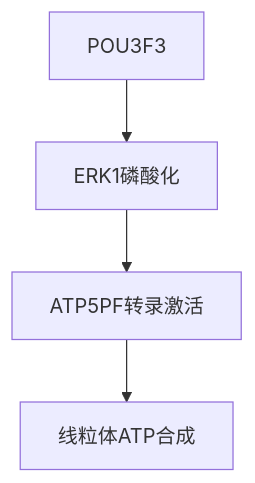
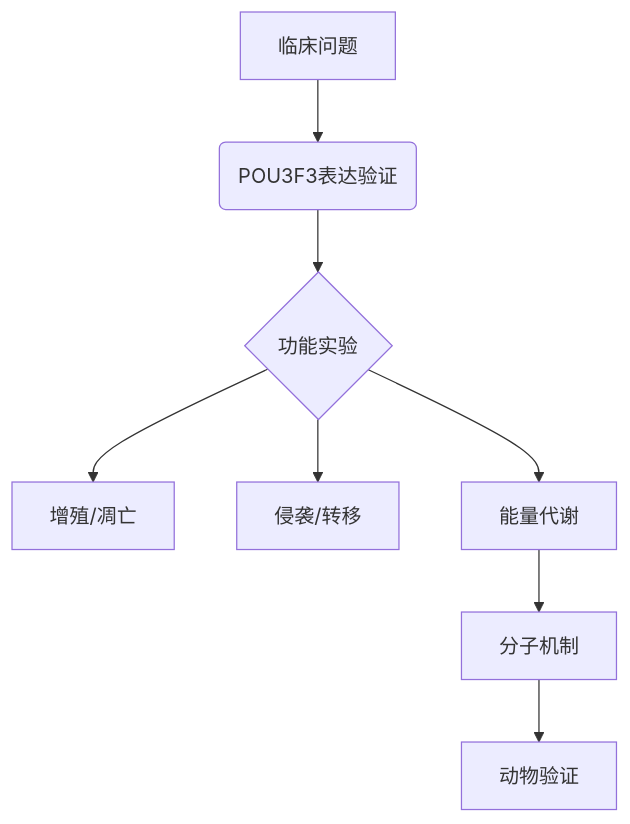
Before and after one commit to luoshui-binghua/iodraw-files: the diagram in all/未命名.md, drawn with Mermaid.

Commit message:
2025-06-20 10:40:48 update

````diff
--- a/all/未命名.md
+++ b/all/未命名.md
@@ -1,8 +1,11 @@
 ```mermaid
 graph TD
-A[POU3F3] --> B[ERK1磷酸化] 
-B --> C[ATP5PF转录激活] 
-C --> D[线粒体ATP合成]
-
+A[临床问题] --> B(POU3F3表达验证)
+B --> C{功能实验}
+C --> D[增殖/凋亡]
+C --> E[侵袭/转移]
+C --> F[能量代谢]
+F --> G[分子机制]
+G --> H[动物验证]
 
 ```
````
